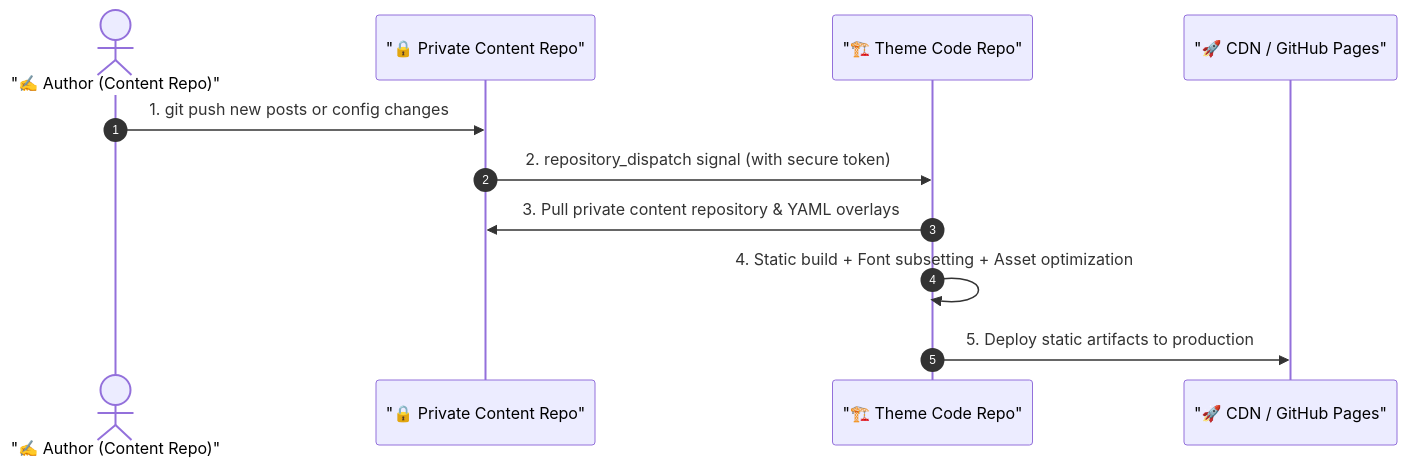
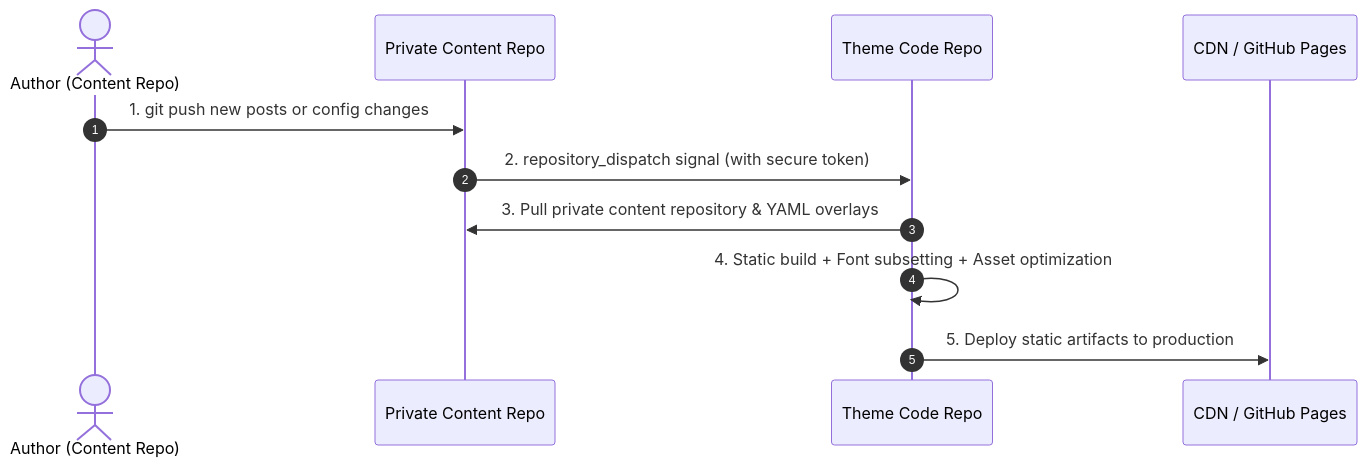
One commit to LyraVoid/Shirone-Docs changed the diagram in docs/en/guide/content-separation/ci-dispatch/README.md. Above: the diagram before and after it, drawn with Mermaid. The commit also changed 7 other files, not shown here.

Commit message:
docs: standardize terminology in content separation guides by removing emojis from diagrams for improved clarity and consistency in both English and Chinese

````diff
--- a/docs/en/guide/content-separation/ci-dispatch/README.md
+++ b/docs/en/guide/content-separation/ci-dispatch/README.md
@@ -13,14 +13,14 @@
 ```mermaid
 sequenceDiagram
     autonumber
-    actor Author as "✍️ Author (Content Repo)"
-    participant ContentRepo as "🔒 Private Content Repo"
-    participant ThemeRepo as "🏗️ Theme Code Repo"
-    participant DeployTarget as "🚀 CDN / GitHub Pages"
+    actor Author as Author (Content Repo)
+    participant ContentRepo as Private Content Repo
+    participant ThemeRepo as Theme Code Repo
+    participant DeployTarget as CDN / GitHub Pages
 
     Author->>ContentRepo: 1. git push new posts or config changes
     ContentRepo->>ThemeRepo: 2. repository_dispatch signal (with secure token)
     ThemeRepo->>ContentRepo: 3. Pull private content repository & YAML overlays
     ThemeRepo->>ThemeRepo: 4. Static build + Font subsetting + Asset optimization
     ThemeRepo->>DeployTarget: 5. Deploy static artifacts to production
 ```
````
